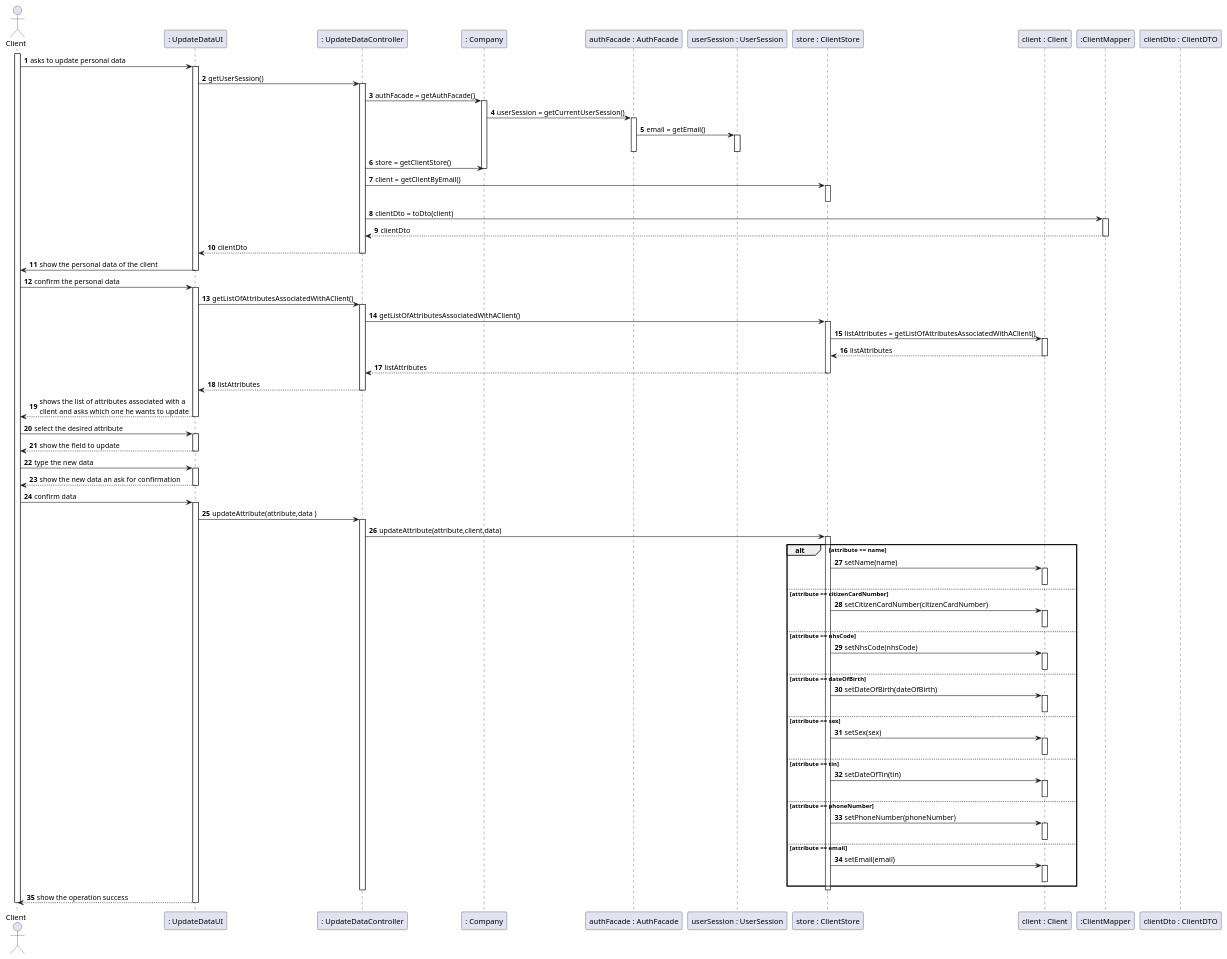
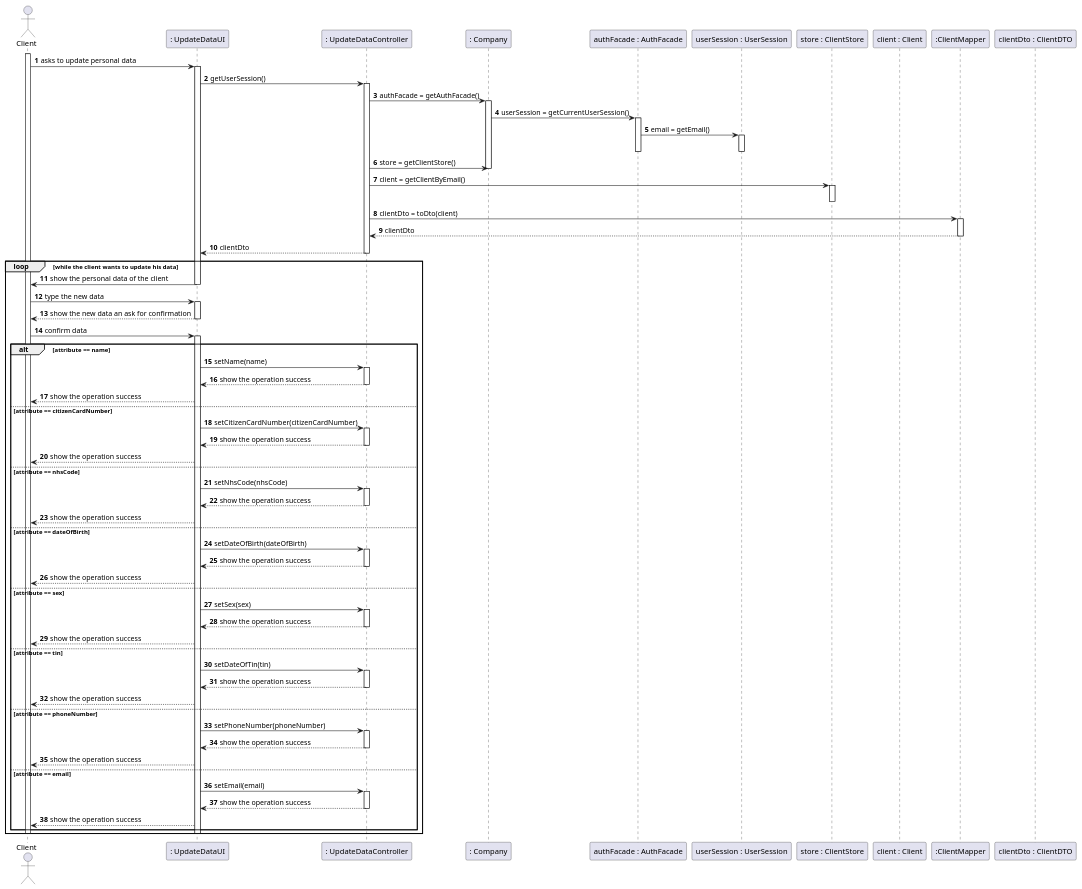
Before and after one commit to manu-07-ela/LAPR2_ISEP: the diagram in docs/SprintD/US02/US02_SD.puml, drawn with PlantUML. The commit also changed 1 other file, not shown here.

```diff
--- a/docs/SprintD/US02/US02_SD.puml
+++ b/docs/SprintD/US02/US02_SD.puml
@@ -1,116 +1,103 @@
 @startuml
 'https://plantuml.com/sequence-diagram
 
 autonumber
 actor "Client" as CL
 
 participant ": UpdateDataUI" as UI
 participant ": UpdateDataController" as CTRL
 participant ": Company" as COMP
 participant "authFacade : AuthFacade" as AUTH
 participant "userSession : UserSession" as SESSION
 participant "store : ClientStore" as STORE
 participant "client : Client" as CLIENT
 participant ":ClientMapper" as MAPPER
 participant "clientDto : ClientDTO" as DTO
 activate CL
 CL -> UI : asks to update personal data
 activate UI
 UI -> CTRL : getUserSession()
 activate CTRL
 CTRL -> COMP : authFacade = getAuthFacade()
 activate COMP
 COMP->AUTH : userSession = getCurrentUserSession()
 activate AUTH
 AUTH-> SESSION : email = getEmail()
 activate SESSION
 deactivate SESSION
 deactivate AUTH
 CTRL->COMP : store = getClientStore()
 deactivate COMP
 CTRL->STORE : client = getClientByEmail()
 activate STORE
 deactivate STORE
 CTRL-> MAPPER : clientDto = toDto(client)
 activate MAPPER
 MAPPER-->CTRL : clientDto
 deactivate MAPPER
 CTRL-->UI : clientDto
 deactivate CTRL
 
-
+loop while the client wants to update his data
 UI -> CL : show the personal data of the client
-deactivate UI
-CL -> UI : confirm the personal data
-activate UI
-UI->CTRL : getListOfAttributesAssociatedWithAClient()
-activate CTRL
-CTRL->STORE : getListOfAttributesAssociatedWithAClient()
-activate STORE
-STORE->CLIENT : listAttributes = getListOfAttributesAssociatedWithAClient()
-activate CLIENT
-CLIENT-->STORE : listAttributes
-deactivate CLIENT
-STORE-->CTRL : listAttributes
-deactivate STORE
-CTRL-->UI : listAttributes
-deactivate CTRL
-
-UI --> CL : shows the list of attributes associated with a \nclient and asks which one he wants to update
-deactivate UI
-CL -> UI : select the desired attribute
-activate UI
-UI --> CL : show the field to update
 deactivate UI
 CL -> UI : type the new data
 activate UI
 UI -->CL : show the new data an ask for confirmation
 deactivate UI
 CL->UI: confirm data
 activate UI
-UI->CTRL : updateAttribute(attribute,data )
+alt attribute == name
+UI-> CTRL : setName(name)
 activate CTRL
-CTRL->STORE : updateAttribute(attribute,client,data)
-activate STORE
-alt attribute == name
-STORE->CLIENT : setName(name)
-activate CLIENT
-deactivate CLIENT
-else attribute == citizenCardNumber
-STORE-> CLIENT : setCitizenCardNumber(citizenCardNumber)
-activate CLIENT
-deactivate CLIENT
-else attribute == nhsCode
-STORE->CLIENT : setNhsCode(nhsCode)
-activate CLIENT
-deactivate CLIENT
-else attribute == dateOfBirth
-STORE->CLIENT : setDateOfBirth(dateOfBirth)
-activate CLIENT
-deactivate CLIENT
-else attribute == sex
-STORE->CLIENT : setSex(sex)
-activate CLIENT
-deactivate CLIENT
-else attribute == tin
-STORE->CLIENT : setDateOfTin(tin)
-activate CLIENT
-deactivate CLIENT
-else attribute == phoneNumber
-STORE->CLIENT : setPhoneNumber(phoneNumber)
-activate CLIENT
-deactivate CLIENT
-else attribute == email
-STORE->CLIENT : setEmail(email)
-activate CLIENT
-deactivate CLIENT
-end alt
-deactivate STORE
+CTRL --> UI : show the operation success
 deactivate CTRL
 UI-->CL : show the operation success
+else attribute == citizenCardNumber
+UI-> CTRL : setCitizenCardNumber(citizenCardNumber)
+activate CTRL
+CTRL --> UI : show the operation success
+deactivate CTRL
+UI-->CL : show the operation success
+else attribute == nhsCode
+UI->CTRL : setNhsCode(nhsCode)
+activate CTRL
+CTRL --> UI : show the operation success
+deactivate CTRL
+UI-->CL : show the operation success
+else attribute == dateOfBirth
+UI-> CTRL : setDateOfBirth(dateOfBirth)
+activate CTRL
+CTRL --> UI : show the operation success
+deactivate CTRL
+UI-->CL : show the operation success
+else attribute == sex
+UI-> CTRL : setSex(sex)
+activate CTRL
+CTRL --> UI : show the operation success
+deactivate CTRL
+UI-->CL : show the operation success
+else attribute == tin
+UI-> CTRL : setDateOfTin(tin)
+activate CTRL
+CTRL --> UI : show the operation success
+deactivate CTRL
+UI-->CL : show the operation success
+else attribute == phoneNumber
+UI-> CTRL : setPhoneNumber(phoneNumber)
+activate CTRL
+CTRL --> UI : show the operation success
+deactivate CTRL
+UI-->CL : show the operation success
+else attribute == email
+UI-> CTRL : setEmail(email)
+activate CTRL
+CTRL --> UI : show the operation success
+deactivate CTRL
+UI-->CL : show the operation success
+end alt
 deactivate UI
-
-
 deactivate CL
+end
 
 @enduml
```
